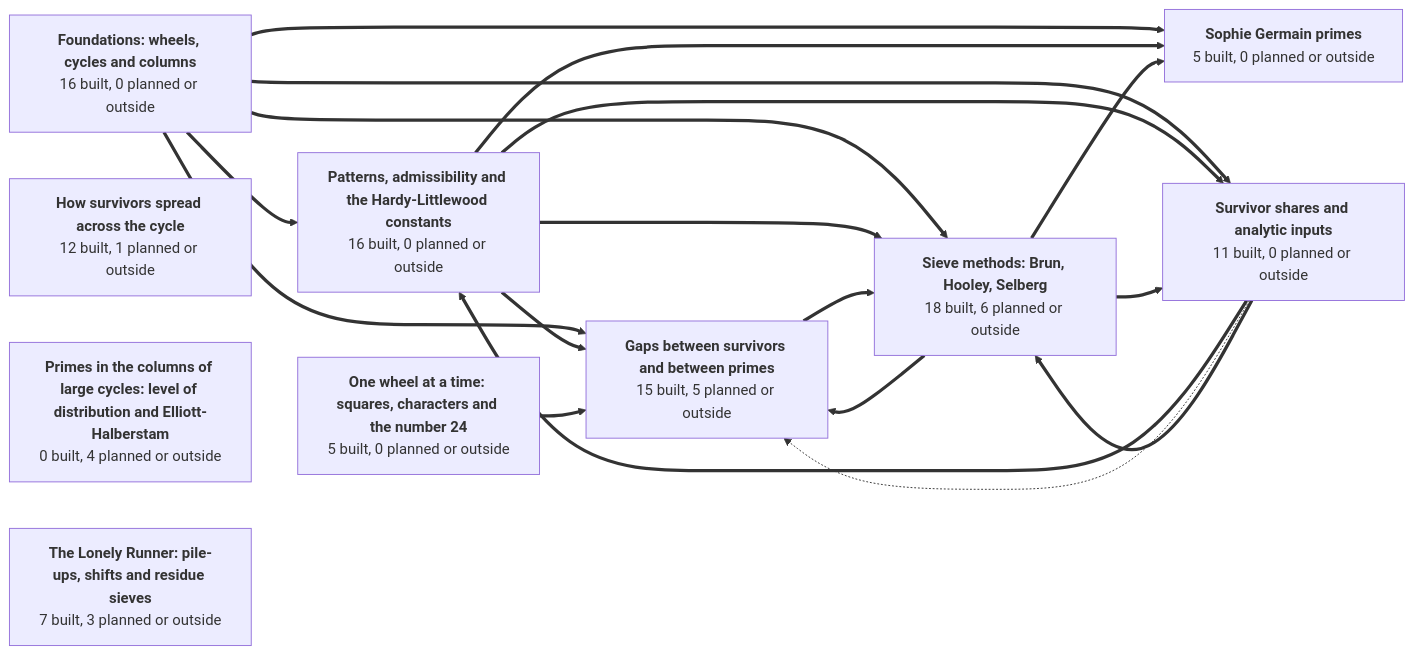
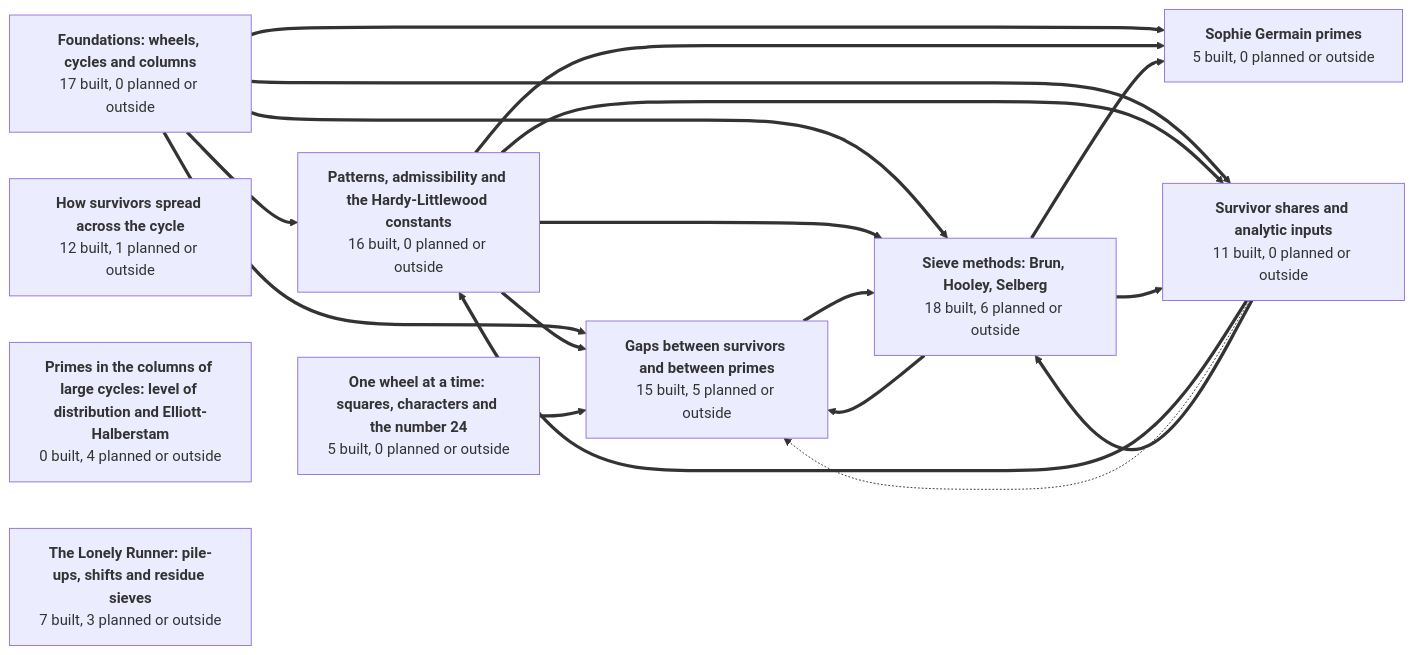
Before and after one commit to golfbum71/RNS-Sieve-Network: the first of 11 diagrams in GRAPH.md, drawn with Mermaid. The commit also changed other lines of this file and 12 other files, not shown here.

````diff
--- a/GRAPH.md
+++ b/GRAPH.md
@@ -45,40 +45,40 @@
 ```mermaid
 graph LR
-  g1["<b>Foundations: wheels, cycles and columns</b><br/>16 built, 0 planned or outside"]
+  g1["<b>Foundations: wheels, cycles and columns</b><br/>17 built, 0 planned or outside"]
   g2["<b>Patterns, admissibility and the Hardy-Littlewood constants</b><br/>16 built, 0 planned or outside"]
   g3["<b>How survivors spread across the cycle</b><br/>12 built, 1 planned or outside"]
   g4["<b>Gaps between survivors and between primes</b><br/>15 built, 5 planned or outside"]
   g5["<b>Sophie Germain primes</b><br/>5 built, 0 planned or outside"]
   g6["<b>Survivor shares and analytic inputs</b><br/>11 built, 0 planned or outside"]
   g7["<b>One wheel at a time: squares, characters and the number 24</b><br/>5 built, 0 planned or outside"]
   g8["<b>Sieve methods: Brun, Hooley, Selberg</b><br/>18 built, 6 planned or outside"]
   g9["<b>Primes in the columns of large cycles: level of distribution and Elliott-Halberstam</b><br/>0 built, 4 planned or outside"]
   g10["<b>The Lonely Runner: pile-ups, shifts and residue sieves</b><br/>7 built, 3 planned or outside"]
   g1 ==> g2
   g1 ==> g4
   g1 ==> g5
   g1 ==> g6
   g1 ==> g8
   g2 ==> g4
   g2 ==> g5
   g2 ==> g6
   g2 ==> g8
   g4 ==> g8
   g6 ==> g2
   g6 -.-> g4
   g6 ==> g8
   g7 ==> g4
   g8 ==> g4
   g8 ==> g5
   g8 ==> g6
   click g1 href "https://github.com/golfbum71/RNS-Sieve-Network/blob/main/GRAPH.md#foundations-wheels-cycles-and-columns" _self
   click g2 href "https://github.com/golfbum71/RNS-Sieve-Network/blob/main/GRAPH.md#patterns-admissibility-and-the-hardy-littlewood-constants" _self
   click g3 href "https://github.com/golfbum71/RNS-Sieve-Network/blob/main/GRAPH.md#how-survivors-spread-across-the-cycle" _self
   click g4 href "https://github.com/golfbum71/RNS-Sieve-Network/blob/main/GRAPH.md#gaps-between-survivors-and-between-primes" _self
   click g5 href "https://github.com/golfbum71/RNS-Sieve-Network/blob/main/GRAPH.md#sophie-germain-primes" _self
   click g6 href "https://github.com/golfbum71/RNS-Sieve-Network/blob/main/GRAPH.md#survivor-shares-and-analytic-inputs" _self
   click g7 href "https://github.com/golfbum71/RNS-Sieve-Network/blob/main/GRAPH.md#one-wheel-at-a-time-squares-characters-and-the-number-24" _self
   click g8 href "https://github.com/golfbum71/RNS-Sieve-Network/blob/main/GRAPH.md#sieve-methods-brun-hooley-selberg" _self
   click g9 href "https://github.com/golfbum71/RNS-Sieve-Network/blob/main/GRAPH.md#primes-in-the-columns-of-large-cycles-level-of-distribution-and-elliott-halberstam" _self
   click g10 href "https://github.com/golfbum71/RNS-Sieve-Network/blob/main/GRAPH.md#the-lonely-runner-pile-ups-shifts-and-residue-sieves" _self
 ```
````
